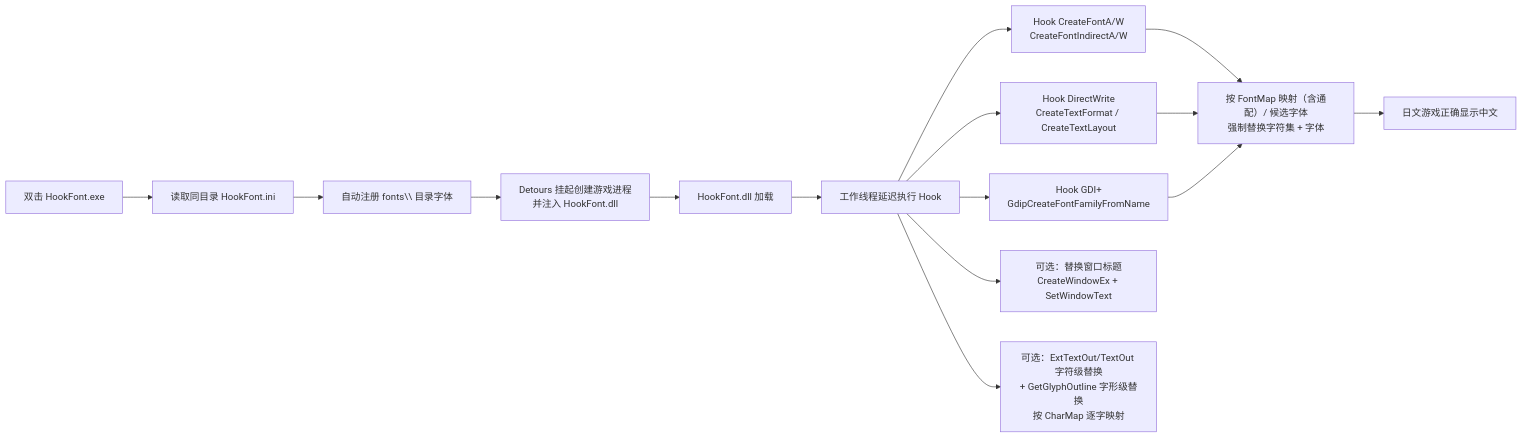
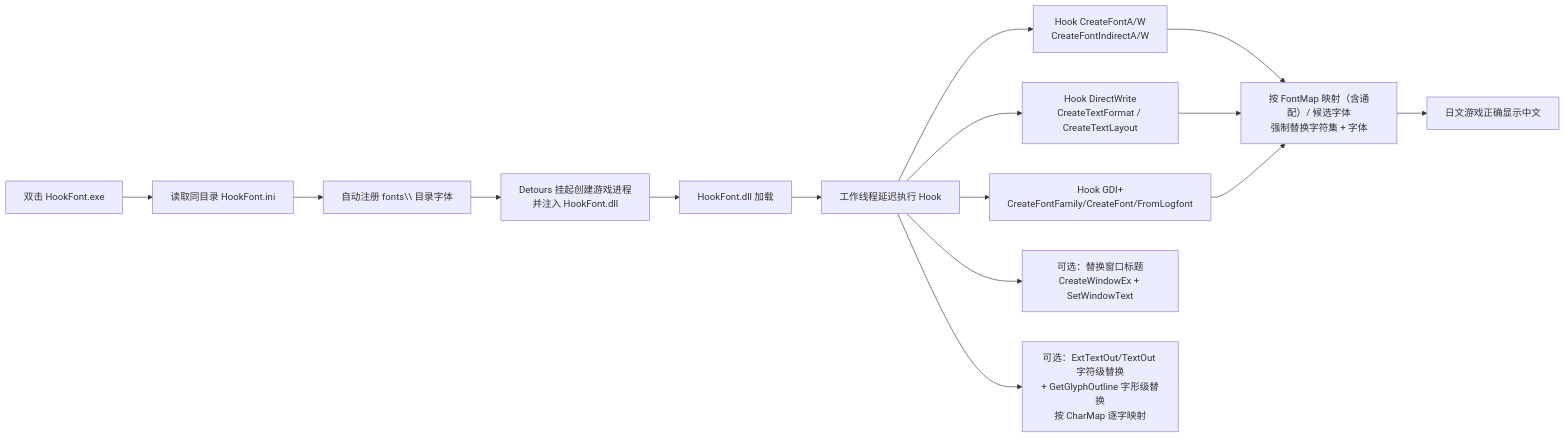
One commit to isTurn/HookFont-Test changed the diagram in README.md. Above: the diagram before and after it, drawn with Mermaid. The commit also changed other lines of this file and 8 other files, not shown here.

Commit message:
feat: GDI+ full coverage (GdipCreateFont/FromLogfont) + [FontCheck] missing-font diagnostics

````diff
--- a/README.md
+++ b/README.md
@@ -64,17 +65,17 @@
 ```mermaid
 flowchart LR
     A[双击 HookFont.exe] --> B[读取同目录 HookFont.ini]
     B --> B2[自动注册 fonts\\ 目录字体]
     B2 --> C[Detours 挂起创建游戏进程<br/>并注入 HookFont.dll]
     C --> D[HookFont.dll 加载]
     D --> E[工作线程延迟执行 Hook]
     E --> F[Hook CreateFontA/W<br/>CreateFontIndirectA/W]
     E --> G[Hook DirectWrite<br/>CreateTextFormat / CreateTextLayout]
-    E --> G2[Hook GDI+<br/>GdipCreateFontFamilyFromName]
+    E --> G2[Hook GDI+<br/>CreateFontFamily/CreateFont/FromLogfont]
     F --> H[按 FontMap 映射（含通配）/ 候选字体<br/>强制替换字符集 + 字体]
     G --> H
     G2 --> H
     H --> I[日文游戏正确显示中文]
     E --> J[可选：替换窗口标题<br/>CreateWindowEx + SetWindowText]
     E --> K[可选：ExtTextOut/TextOut 字符级替换<br/>+ GetGlyphOutline 字形级替换<br/>按 CharMap 逐字映射]
 ```
````
